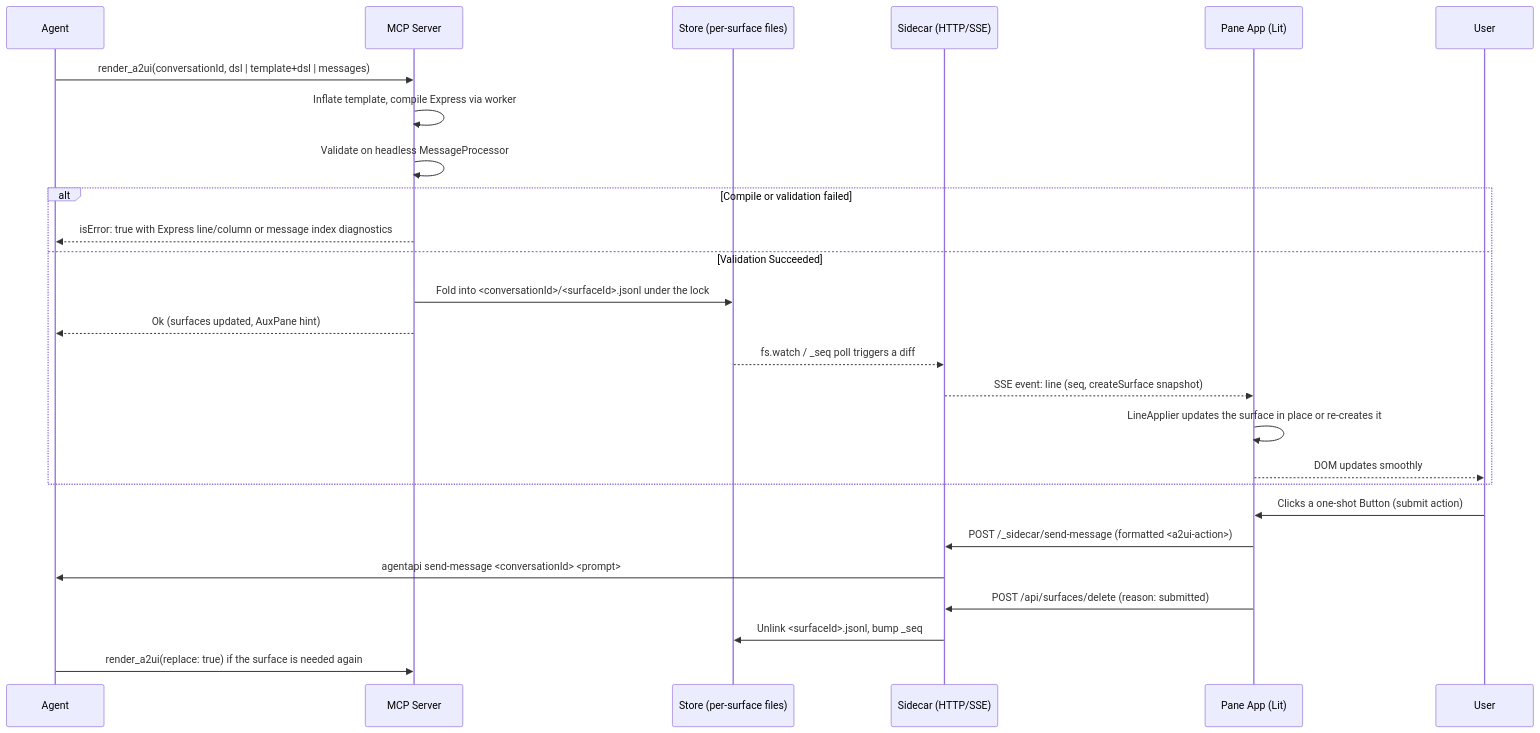
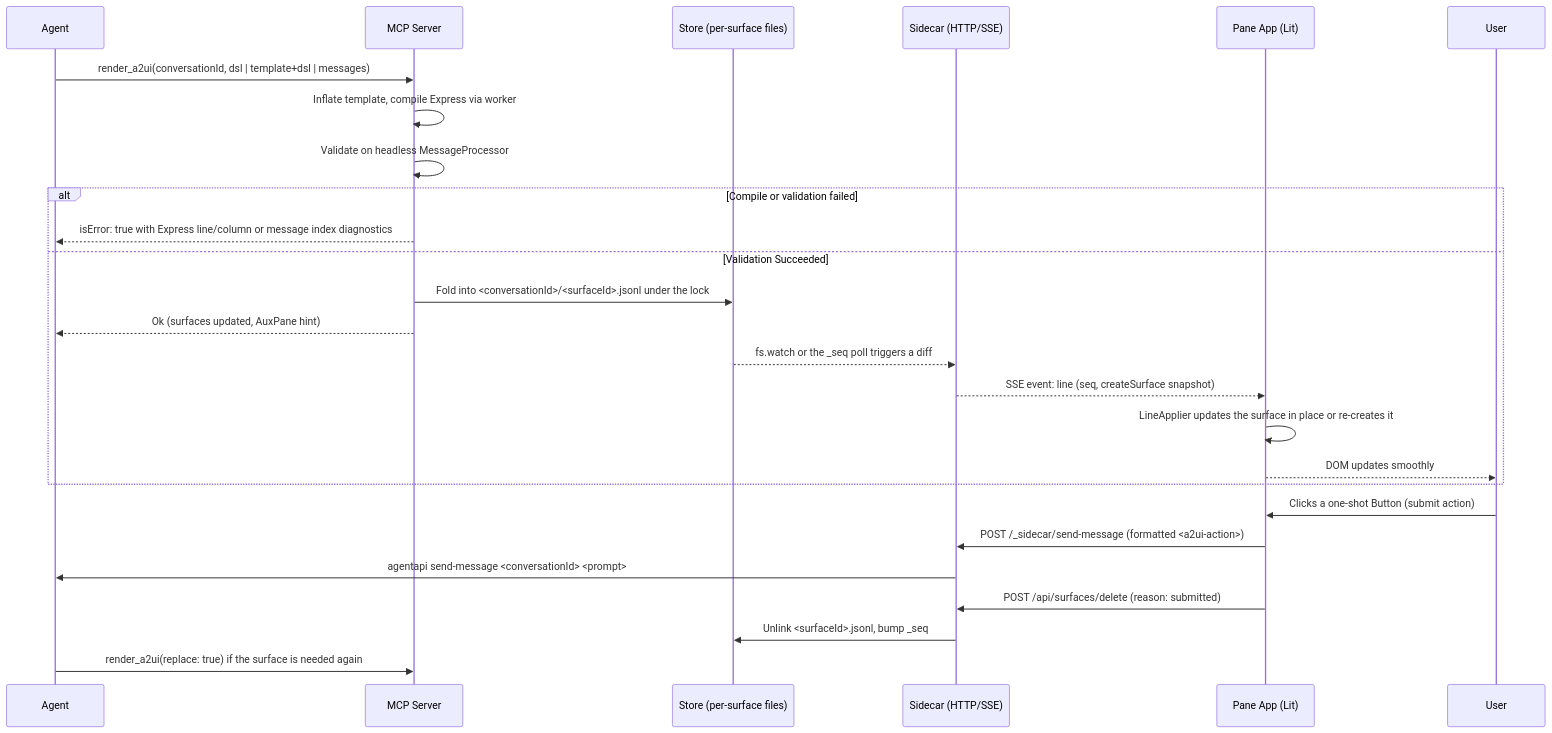
The second of 2 diagrams in docs/design.md (gspencergoog/a2ui-pane), drawn with Mermaid before and after one commit. The commit also changed other lines of this file and 1 other file, not shown here.

Commit message:
docs(design): describe the _seq poll backstop and one-shot button rules

````diff
--- a/docs/design.md
+++ b/docs/design.md
@@ -73,30 +73,30 @@
 ```mermaid
 sequenceDiagram
     participant A as Agent
     participant M as MCP Server
     participant S as Store (per-surface files)
     participant C as Sidecar (HTTP/SSE)
     participant P as Pane App (Lit)
     participant U as User
 
     A->>M: render_a2ui(conversationId, dsl | template+dsl | messages)
     M->>M: Inflate template, compile Express via worker
     M->>M: Validate on headless MessageProcessor
     alt Compile or validation failed
       M-->>A: isError: true with Express line/column or message index diagnostics
     else Validation Succeeded
       M->>S: Fold into <conversationId>/<surfaceId>.jsonl under the lock
       M-->>A: Ok (surfaces updated, AuxPane hint)
-      S-->>C: fs.watch / _seq poll triggers a diff
+      S-->>C: fs.watch or the _seq poll triggers a diff
       C-->>P: SSE event: line (seq, createSurface snapshot)
       P->>P: LineApplier updates the surface in place or re-creates it
       P-->>U: DOM updates smoothly
     end
 
     U->>P: Clicks a one-shot Button (submit action)
     P->>C: POST /_sidecar/send-message (formatted <a2ui-action>)
     C->>A: agentapi send-message <conversationId> <prompt>
     P->>C: POST /api/surfaces/delete (reason: submitted)
     C->>S: Unlink <surfaceId>.jsonl, bump _seq
     A->>M: render_a2ui(replace: true) if the surface is needed again
 ```
````
